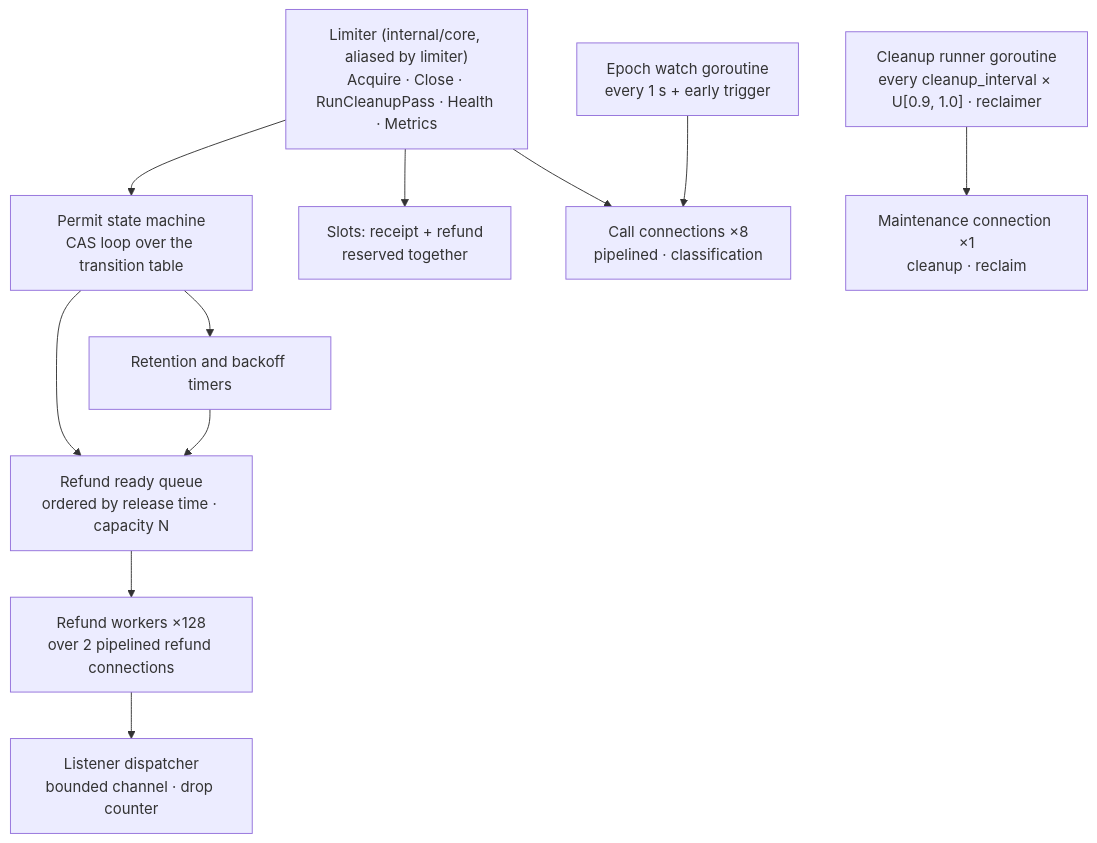
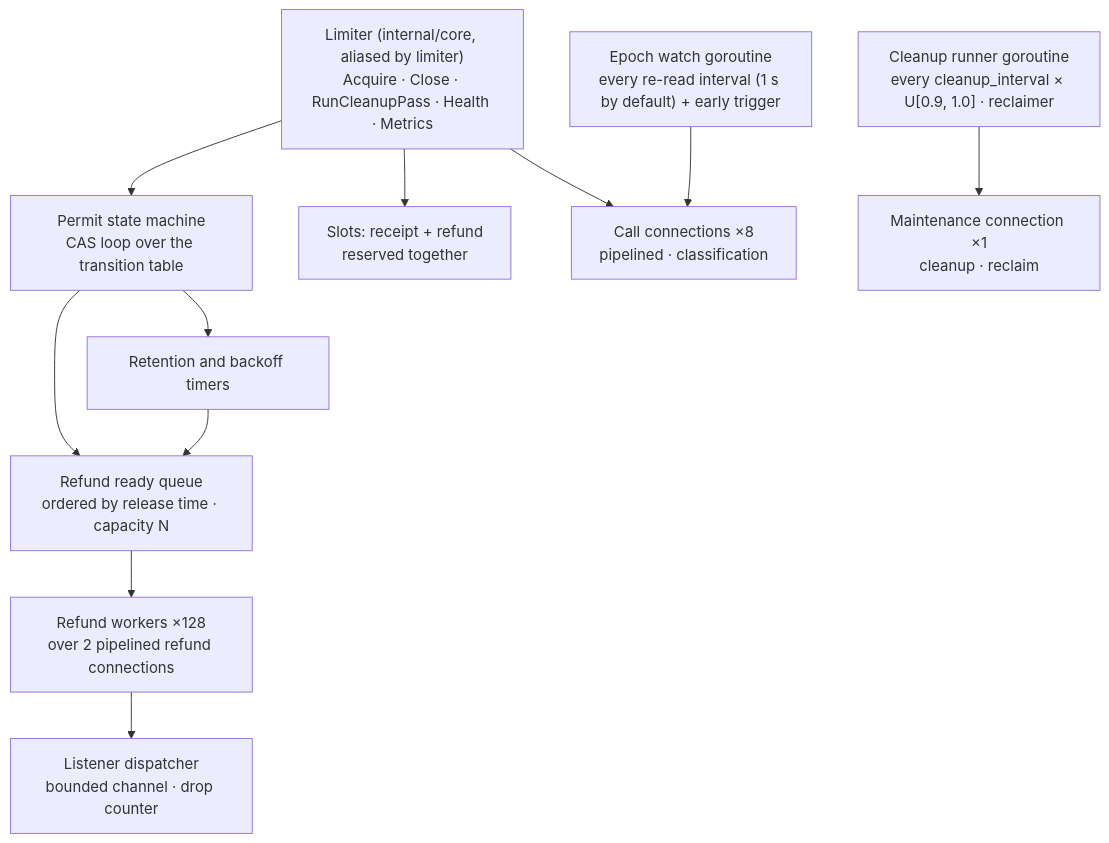
The third of 11 diagrams in DESIGN.md (srir84/ratelimiter), drawn with Mermaid before and after one commit. The commit also changed other lines of this file and 29 other files, not shown here.

````diff
--- a/DESIGN.md
+++ b/DESIGN.md
@@ -529,23 +529,23 @@
 ```mermaid
 flowchart TB
   api["Limiter (internal/core, aliased by limiter)<br/>Acquire · Close · RunCleanupPass · Health · Metrics"]
   permit["Permit state machine<br/>CAS loop over the transition table"]
   slots["Slots: receipt + refund<br/>reserved together"]
   rq["Refund ready queue<br/>ordered by release time · capacity N"]
   workers["Refund workers ×128<br/>over 2 pipelined refund connections"]
   timers["Retention and backoff timers"]
   disp["Listener dispatcher<br/>bounded channel · drop counter"]
-  watch["Epoch watch goroutine<br/>every 1 s + early trigger"]
+  watch["Epoch watch goroutine<br/>every re-read interval (1 s by default) + early trigger"]
   clean["Cleanup runner goroutine<br/>every cleanup_interval × U[0.9, 1.0] · reclaimer"]
   pool["Call connections ×8<br/>pipelined · classification"]
   maint["Maintenance connection ×1<br/>cleanup · reclaim"]
   api --> slots
   api --> permit
   permit --> rq --> workers
   permit --> timers
   timers --> rq
   workers --> disp
   api --> pool
   watch --> pool
   clean --> maint
 ```
````
